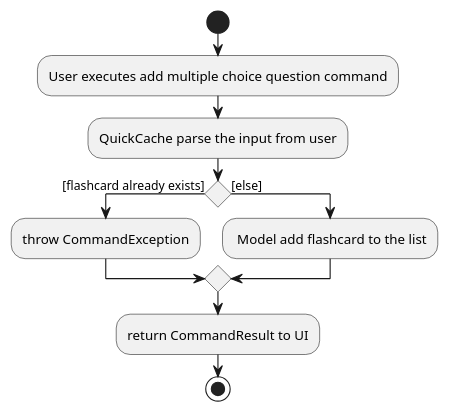
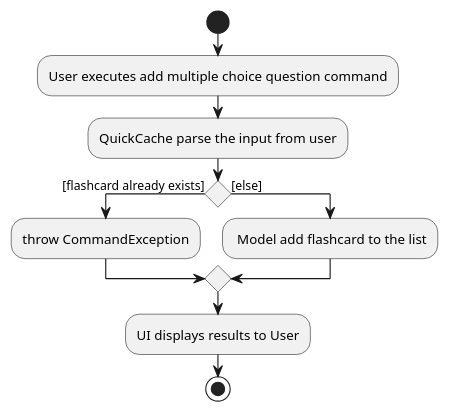
The diagram in docs/diagrams/AddMcqActivityDiagram.puml (nus-cs2103-AY2021S1/tp), drawn with PlantUML before and after one commit. The commit also changed 3 other files, not shown here.

Commit message:
Change activity diagram for add and addmcq command

```diff
--- a/docs/diagrams/AddMcqActivityDiagram.puml
+++ b/docs/diagrams/AddMcqActivityDiagram.puml
@@ -1,16 +1,16 @@
 @startuml
 start
 :User executes add multiple choice question command;
 :QuickCache parse the input from user;
 
 'Since the beta syntax does not support placing the condition outside the
 'diamond we place it as the true branch instead.
 
 if () then ([flashcard already exists])
     :throw CommandException;
 else ([else])
     : Model add flashcard to the list;
 endif
-:return CommandResult to UI;
+:UI displays results to User;
 stop
 @enduml
```
